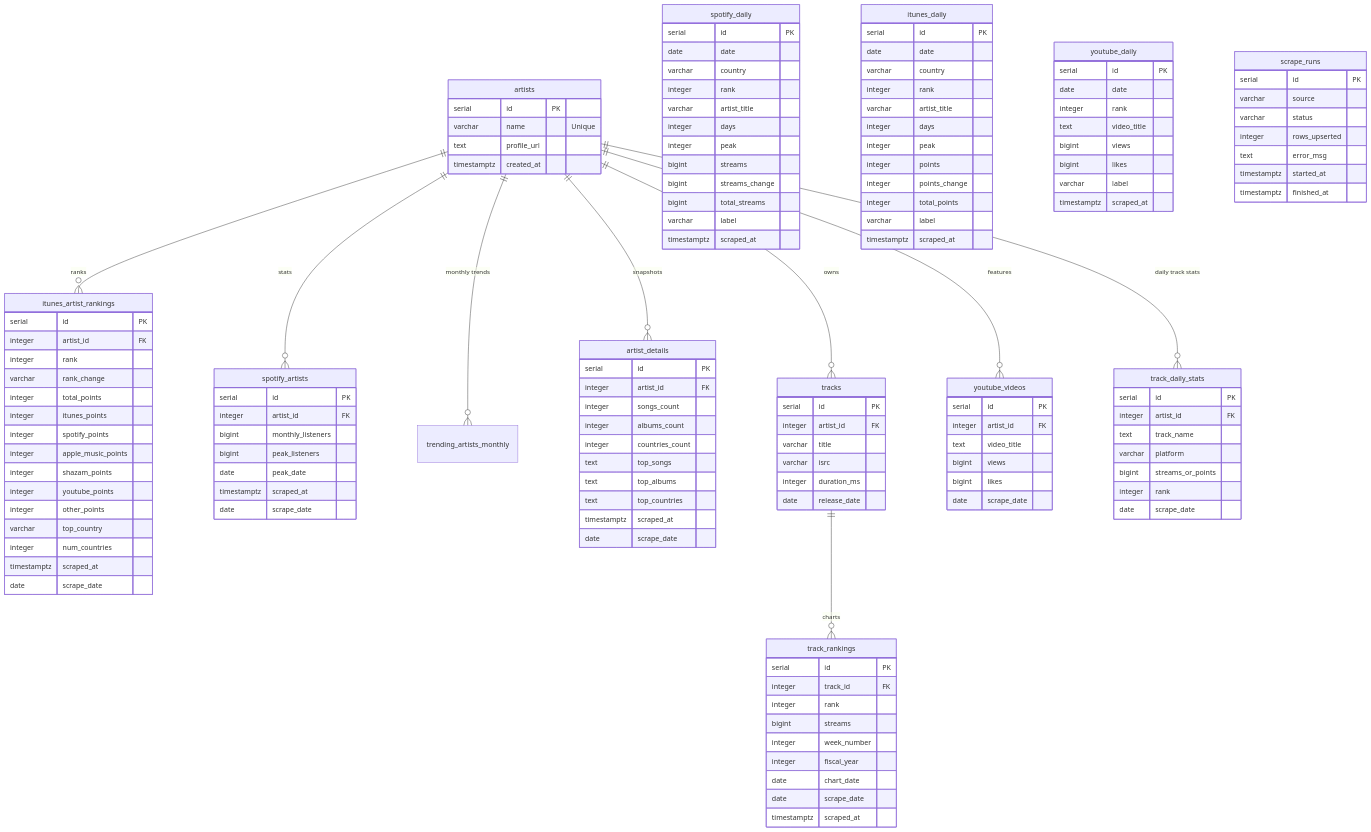
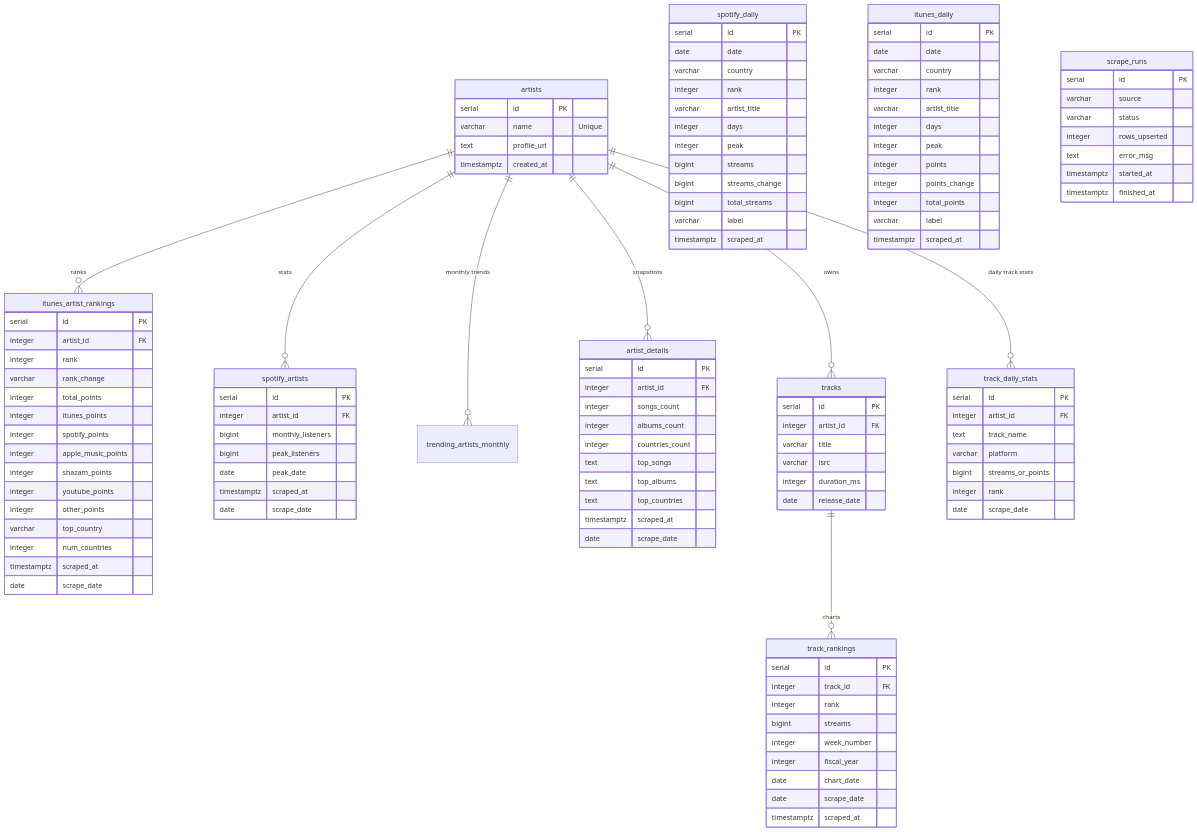
The diagram in README.md (rajyadav1814/artist_360_intelligence), drawn with Mermaid before and after one commit. The commit also changed other lines of this file and 11 other files, not shown here.

```diff
--- a/README.md
+++ b/README.md
@@ -29,7 +29,6 @@
     artists ||--o{ trending_artists_monthly : "monthly trends"
     artists ||--o{ artist_details : "snapshots"
     artists ||--o{ tracks : "owns"
-    artists ||--o{ youtube_videos : "features"
     artists ||--o{ track_daily_stats : "daily track stats"
     
     tracks ||--o{ track_rankings : "charts"
@@ -70,15 +69,6 @@
         date chart_date
         date scrape_date
         timestamptz scraped_at
-    }
-
-    youtube_videos {
-        serial id PK
-        integer artist_id FK
-        text video_title
-        bigint views
-        bigint likes
-        date scrape_date
     }
 
     itunes_artist_rankings {
@@ -152,17 +142,6 @@
         timestamptz scraped_at
     }
 
-    youtube_daily {
-        serial id PK
-        date date
-        integer rank
-        text video_title
-        bigint views
-        bigint likes
-        varchar label
-        timestamptz scraped_at
-    }
-
     scrape_runs {
         serial id PK
         varchar source
```
